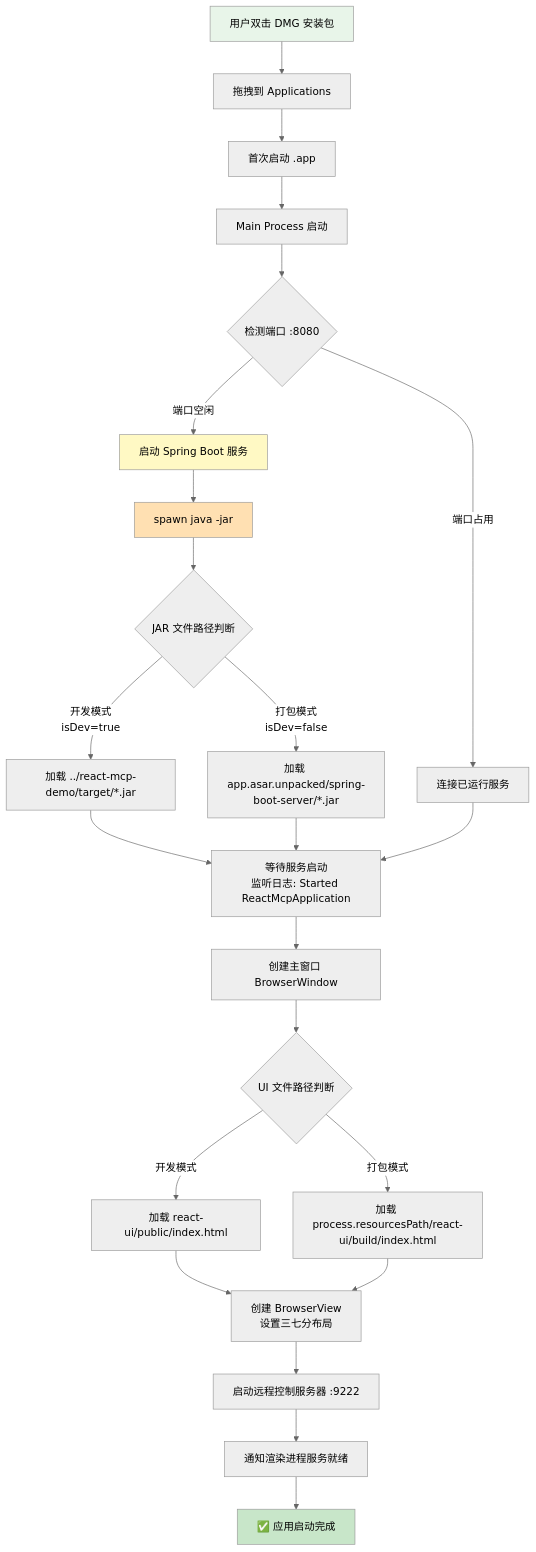
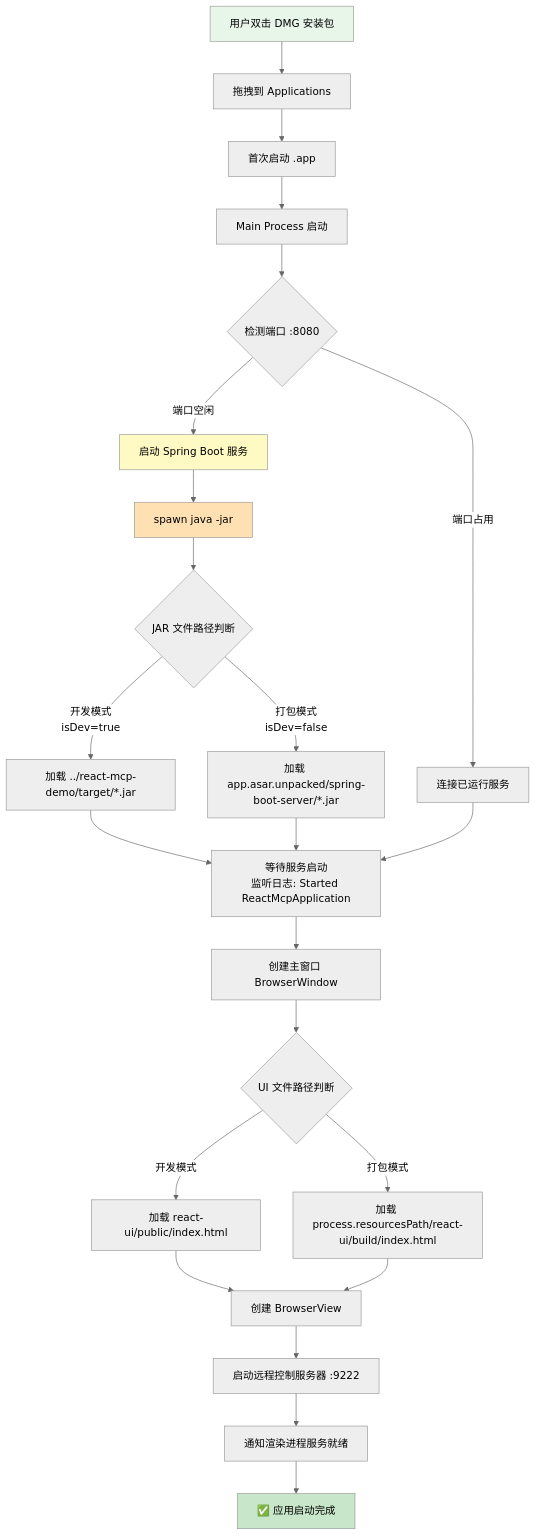
The fourth of 4 diagrams in README.md (1018053166/ReActAgentDemo), drawn with Mermaid (neutral theme) before and after one commit. The commit also changed other lines of this file and 3 other files, not shown here.

````diff
--- a/README.md
+++ b/README.md
@@ -120,39 +115,39 @@
 ```mermaid
 graph TD
     A[用户双击 DMG 安装包] --> B[拖拽到 Applications]
     B --> C[首次启动 .app]
     
     C --> D[Main Process 启动]
     D --> E{检测端口 :8080}
     
     E -->|端口空闲| F[启动 Spring Boot 服务]
     E -->|端口占用| G[连接已运行服务]
     
     F --> H[spawn java -jar]
     H --> I{JAR 文件路径判断}
     
     I -->|开发模式<br/>isDev=true| J[加载 ../react-mcp-demo/target/*.jar]
     I -->|打包模式<br/>isDev=false| K[加载 app.asar.unpacked/spring-boot-server/*.jar]
     
     J --> L[等待服务启动<br/>监听日志: Started ReactMcpApplication]
     K --> L
     G --> L
     
     L --> M[创建主窗口 BrowserWindow]
     M --> N{UI 文件路径判断}
     
     N -->|开发模式| O[加载 react-ui/public/index.html]
     N -->|打包模式| P[加载 process.resourcesPath/react-ui/build/index.html]
     
-    O --> Q[创建 BrowserView<br/>设置三七分布局]
+    O --> Q[创建 BrowserView<br/>]
     P --> Q
     
     Q --> R[启动远程控制服务器 :9222]
     R --> S[通知渲染进程服务就绪]
     S --> T[✅ 应用启动完成]
     
     style A fill:#e8f5e9
     style T fill:#c8e6c9
     style F fill:#fff9c4
     style H fill:#ffe0b2
 ```
````
